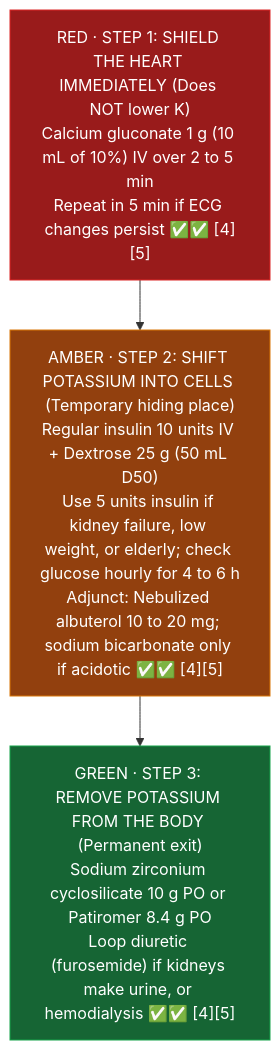
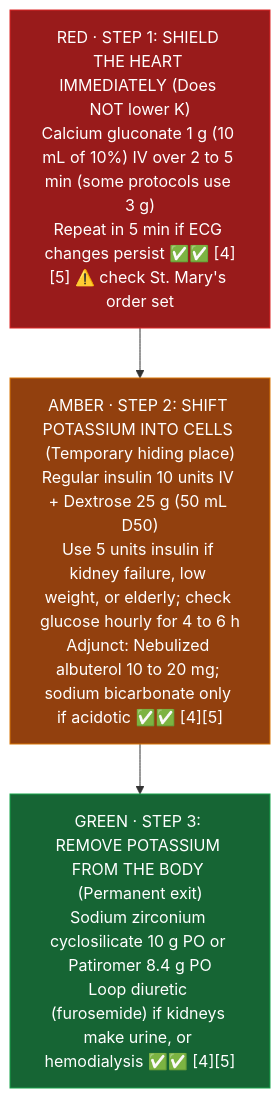
One commit to Shan12377/stmarys-residency-site changed the diagram in src/wiki/clinical/Adult_Critical_Care.md. Above: the diagram before and after it, drawn with Mermaid. The commit also changed 79 other files, not shown here.

````diff
--- a/src/wiki/clinical/Adult_Critical_Care.md
+++ b/src/wiki/clinical/Adult_Critical_Care.md
@@ -41,12 +41,12 @@
 ```mermaid
 flowchart TD
-    Step1["RED · STEP 1: SHIELD THE HEART IMMEDIATELY (Does NOT lower K)<br/>Calcium gluconate 1 g (10 mL of 10%) IV over 2 to 5 min<br/>Repeat in 5 min if ECG changes persist ✅✅ [4][5]"]
+    Step1["RED · STEP 1: SHIELD THE HEART IMMEDIATELY (Does NOT lower K)<br/>Calcium gluconate 1 g (10 mL of 10%) IV over 2 to 5 min (some protocols use 3 g)<br/>Repeat in 5 min if ECG changes persist ✅✅ [4][5] ⚠️ check St. Mary's order set"]
     Step2["AMBER · STEP 2: SHIFT POTASSIUM INTO CELLS (Temporary hiding place)<br/>Regular insulin 10 units IV + Dextrose 25 g (50 mL D50)<br/>Use 5 units insulin if kidney failure, low weight, or elderly; check glucose hourly for 4 to 6 h<br/>Adjunct: Nebulized albuterol 10 to 20 mg; sodium bicarbonate only if acidotic ✅✅ [4][5]"]
     Step3["GREEN · STEP 3: REMOVE POTASSIUM FROM THE BODY (Permanent exit)<br/>Sodium zirconium cyclosilicate 10 g PO or Patiromer 8.4 g PO<br/>Loop diuretic (furosemide) if kidneys make urine, or hemodialysis ✅✅ [4][5]"]
 
     Step1 --> Step2 --> Step3
 
     style Step1 fill:#991b1b,stroke:#dc2626,color:#ffffff
     style Step2 fill:#92400e,stroke:#d97706,color:#ffffff
     style Step3 fill:#166534,stroke:#16a34a,color:#ffffff
 ```
````
